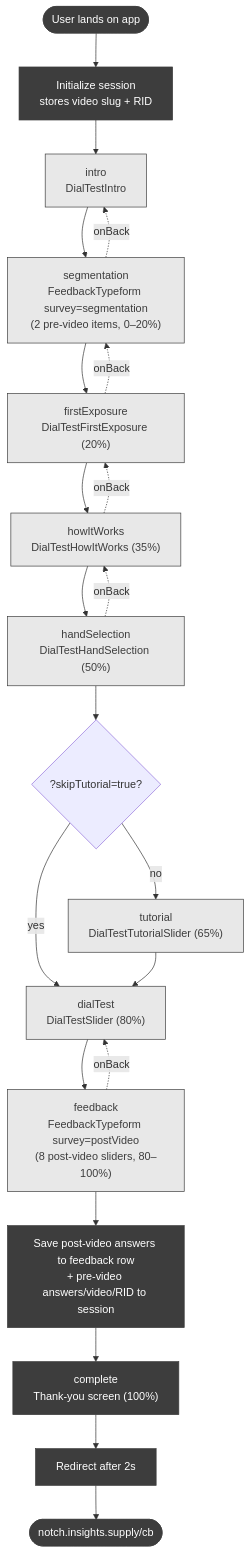
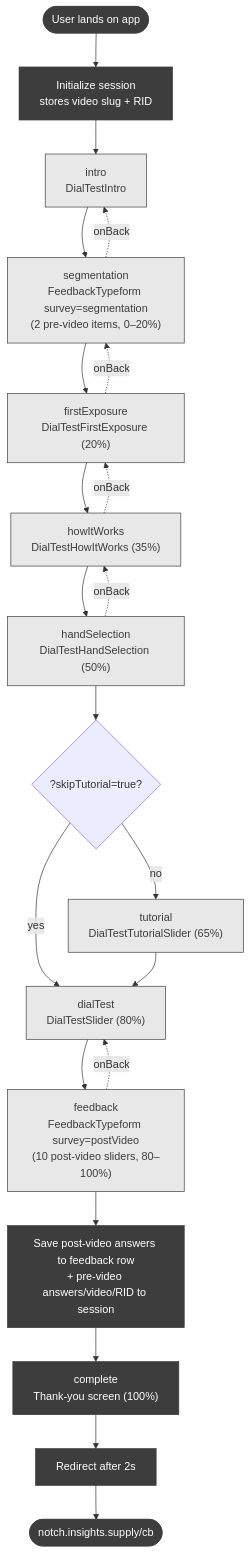
Before and after one commit to zoefrishberg/home-depot-dial-test: the diagram in SCREEN_FLOW.md, drawn with Mermaid. The commit also changed other lines of this file and 4 other files, not shown here.

````diff
--- a/SCREEN_FLOW.md
+++ b/SCREEN_FLOW.md
@@ -17,36 +21,36 @@
 ```mermaid
 flowchart TD
     Start([User lands on app]) --> Init[Initialize session<br/>stores video slug + RID]
 
     Init --> Intro["intro<br/>DialTestIntro"]
 
     Intro --> Seg["segmentation<br/>FeedbackTypeform survey=segmentation<br/>(2 pre-video items, 0–20%)"]
 
     Seg --> FirstExp["firstExposure<br/>DialTestFirstExposure (20%)"]
     FirstExp --> HowIt["howItWorks<br/>DialTestHowItWorks (35%)"]
     HowIt --> HandSel["handSelection<br/>DialTestHandSelection (50%)"]
 
     HandSel --> SkipQ{?skipTutorial=true?}
     SkipQ -->|yes| DialTest
     SkipQ -->|no| Tutorial["tutorial<br/>DialTestTutorialSlider (65%)"]
 
     Tutorial --> DialTest["dialTest<br/>DialTestSlider (80%)"]
 
-    DialTest --> Feedback["feedback<br/>FeedbackTypeform survey=postVideo<br/>(8 post-video sliders, 80–100%)"]
+    DialTest --> Feedback["feedback<br/>FeedbackTypeform survey=postVideo<br/>(10 post-video sliders, 80–100%)"]
 
     Feedback --> Save[Save post-video answers to feedback row<br/>+ pre-video answers/video/RID to session]
     Save --> Complete["complete<br/>Thank-you screen (100%)"]
     Complete --> Redirect[Redirect after 2s]
     Redirect --> End([notch.insights.supply/cb])
 
     Seg -.onBack.-> Intro
     FirstExp -.onBack.-> Seg
     HowIt -.onBack.-> FirstExp
     HandSel -.onBack.-> HowIt
     Feedback -.onBack.-> DialTest
 
     classDef step fill:#E8E8E8,color:#3D3D3D,stroke:#3D3D3D
     classDef terminal fill:#3D3D3D,color:#fff,stroke:#3D3D3D
     class Intro,Seg,FirstExp,HowIt,HandSel,Tutorial,DialTest,Feedback step
     class Start,End,Complete,Redirect,Save,Init terminal
 ```
````
